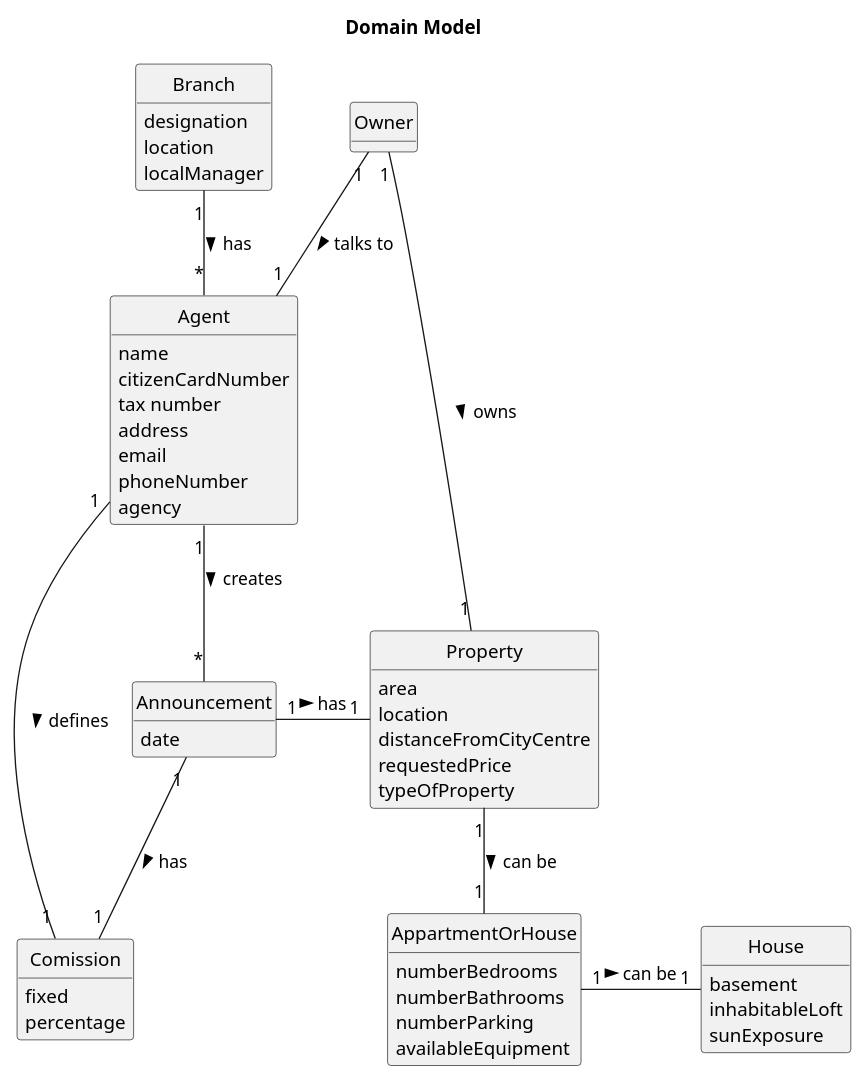
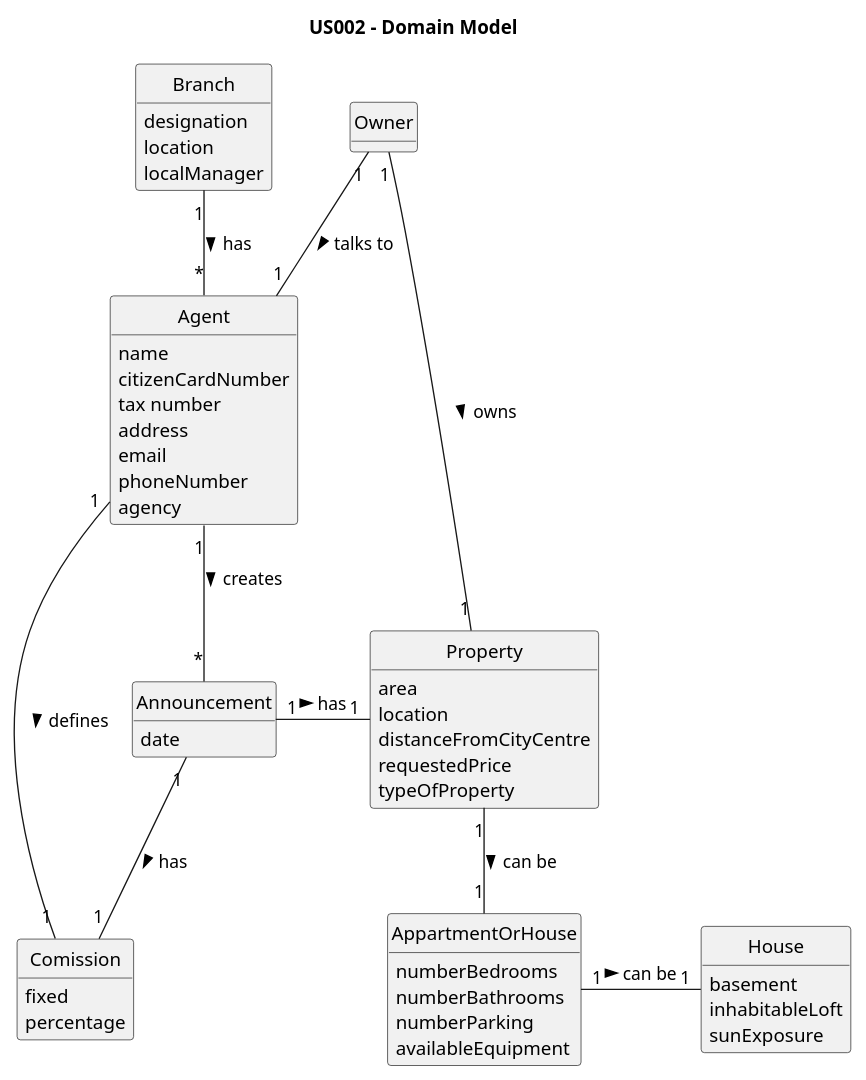
Before and after one commit to 1220812/LAPR2: the diagram in docs/sprintA/us002/02.analysis/puml/us002-domain-model.puml, drawn with PlantUML.

Commit message:
DOMAIN MODEL

```diff
--- a/docs/sprintA/us002/02.analysis/puml/us002-domain-model.puml
+++ b/docs/sprintA/us002/02.analysis/puml/us002-domain-model.puml
@@ -1,70 +1,70 @@
- @startuml
+@startuml
 skinparam monochrome true
 skinparam packageStyle rectangle
 skinparam shadowing false
 
 skinparam classAttributeIconSize 0
 
 hide circle
 hide methods
 
-title Domain Model
+title US002 - Domain Model
 
 class Branch {
     designation
     location
     localManager
 }
 
 class Agent {
     name
     citizenCardNumber
     tax number
     address
     email
     phoneNumber
     agency
 }
 
 class Property {
     area
     location
     distanceFromCityCentre
     requestedPrice
     typeOfProperty
 }
 
 class Announcement {
     date
 }
 
 class AppartmentOrHouse {
     numberBedrooms
     numberBathrooms
     numberParking
     availableEquipment
 }
 
 class House {
     basement
     inhabitableLoft
     sunExposure
 }
 
 class Comission {
     fixed
     percentage
 }
 
 Branch "1" -- "*" Agent : has >
 Agent "1" -- "*" Announcement : creates >
 Owner "1" -- "1" Property : owns >
 Announcement "1" - "1" Property : has >
 Property "1" -- "1" AppartmentOrHouse : can be >
 AppartmentOrHouse "1" - "1" House : can be >
 Announcement "1" -- "1" Comission : has >
 Agent "1" - "1" Comission : defines >
 Owner "1" -- "1" Agent: talks to >
 
 
 @enduml
```
